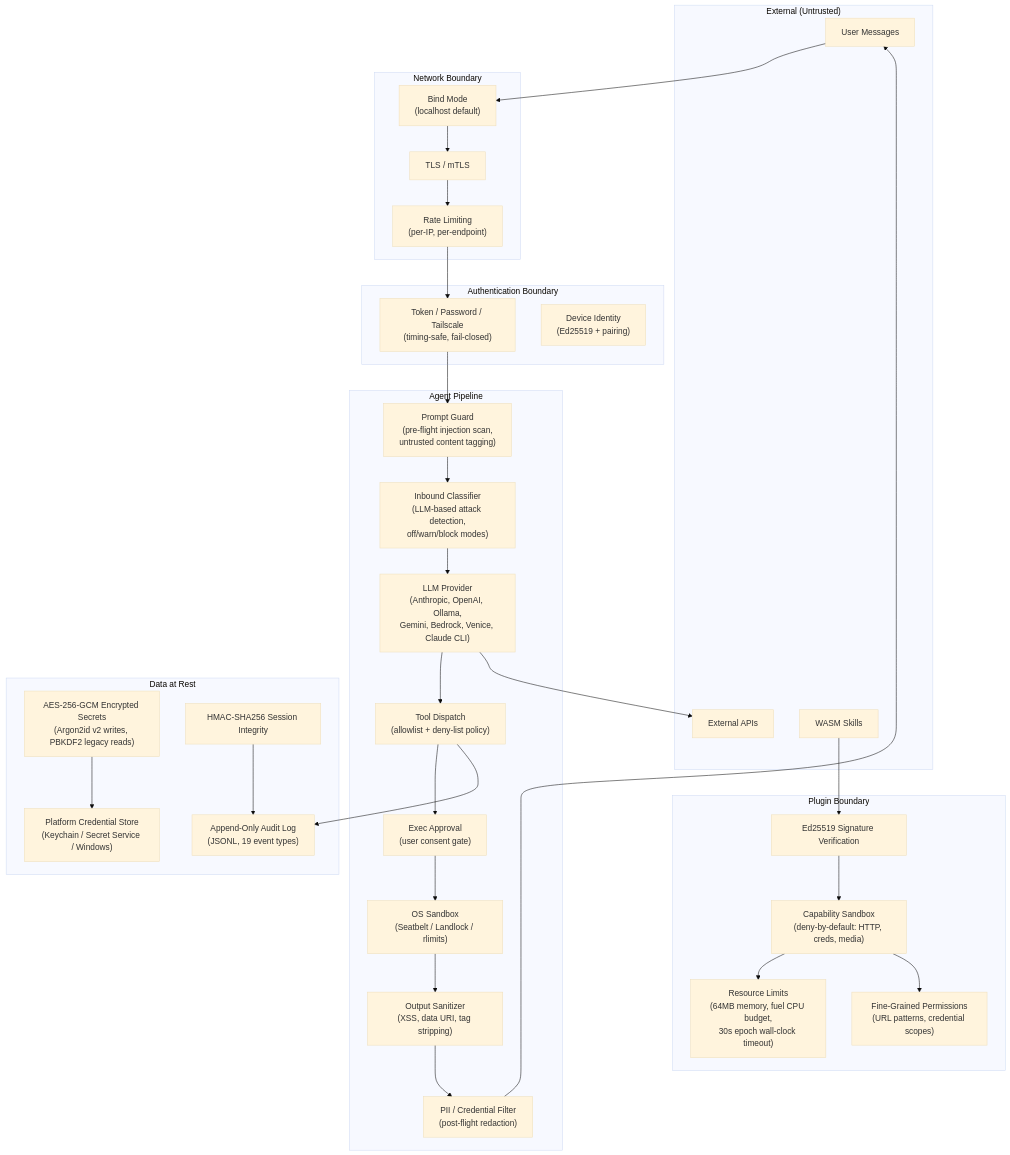
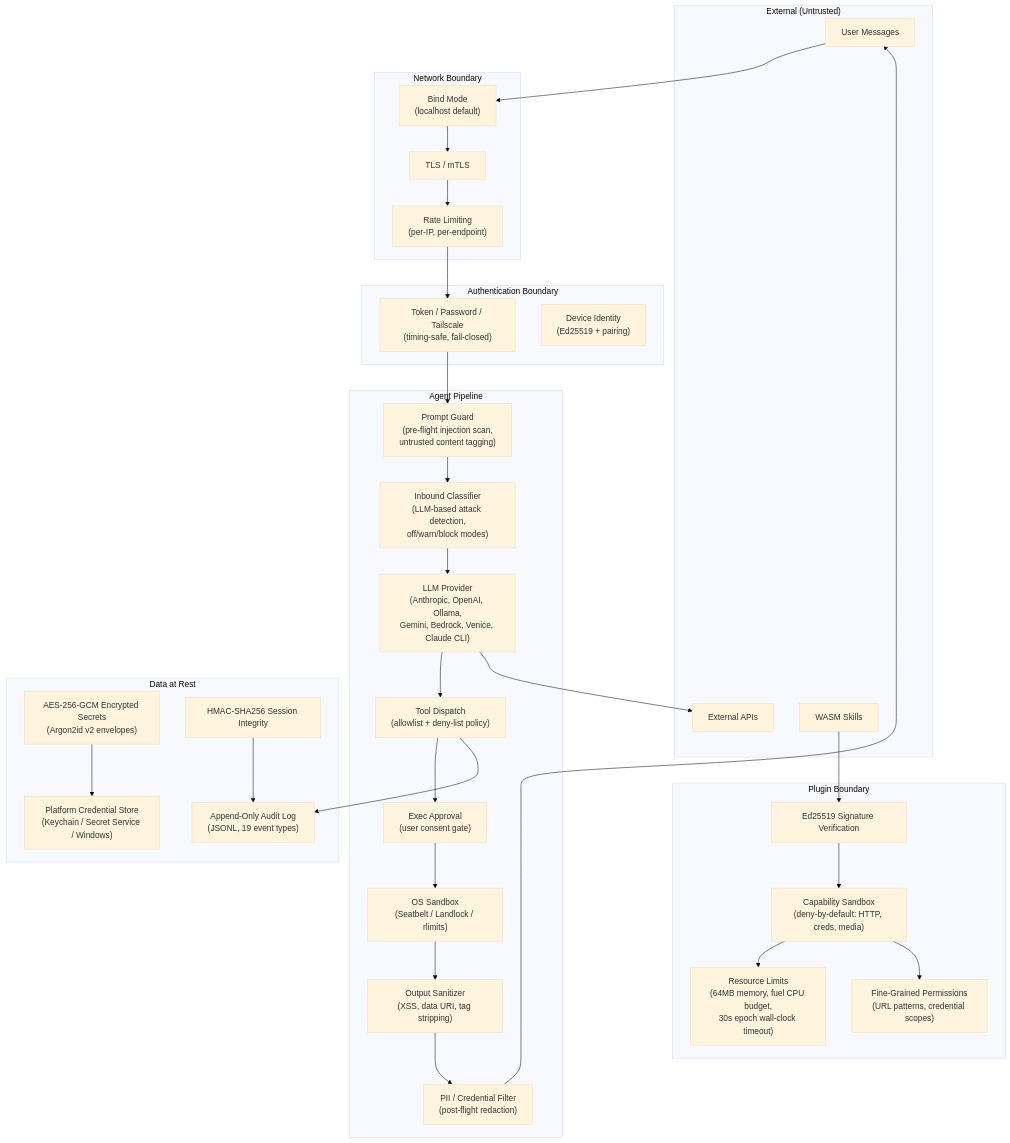
One commit to puremachinery/carapace changed the diagram in docs/security.md. Above: the diagram before and after it, drawn with Mermaid (base theme). The commit also changed other lines of this file and 101 other files, not shown here.

````diff
--- a/docs/security.md
+++ b/docs/security.md
@@ -40,59 +40,59 @@
 ```mermaid
 graph TB
     subgraph "External (Untrusted)"
         User[User Messages]
         ExtAPI[External APIs]
         Skills[WASM Skills]
     end
 
     subgraph "Network Boundary"
         Bind["Bind Mode<br/>(localhost default)"]
         TLS["TLS / mTLS"]
         RateLimit["Rate Limiting<br/>(per-IP, per-endpoint)"]
     end
 
     subgraph "Authentication Boundary"
         Auth["Token / Password / Tailscale<br/>(timing-safe, fail-closed)"]
         DeviceAuth["Device Identity<br/>(Ed25519 + pairing)"]
     end
 
     subgraph "Agent Pipeline"
         PromptGuard["Prompt Guard<br/>(pre-flight injection scan,<br/>untrusted content tagging)"]
         Classifier["Inbound Classifier<br/>(LLM-based attack detection,<br/>off/warn/block modes)"]
         LLM["LLM Provider<br/>(Anthropic, OpenAI, Ollama,<br/>Gemini, Bedrock, Venice, Claude CLI)"]
         ToolDispatch["Tool Dispatch<br/>(allowlist + deny-list policy)"]
         ExecApproval["Exec Approval<br/>(user consent gate)"]
         Sandbox["OS Sandbox<br/>(Seatbelt / Landlock / rlimits)"]
         OutputCSP["Output Sanitizer<br/>(XSS, data URI, tag stripping)"]
         PIIFilter["PII / Credential Filter<br/>(post-flight redaction)"]
     end
 
     subgraph "Data at Rest"
-        Secrets["AES-256-GCM Encrypted Secrets<br/>(Argon2id v2 writes, PBKDF2 legacy reads)"]
+        Secrets["AES-256-GCM Encrypted Secrets<br/>(Argon2id v2 envelopes)"]
         Sessions["HMAC-SHA256 Session Integrity"]
         Audit["Append-Only Audit Log<br/>(JSONL, 19 event types)"]
         Keychain["Platform Credential Store<br/>(Keychain / Secret Service / Windows)"]
     end
 
     subgraph "Plugin Boundary"
         PluginSig["Ed25519 Signature Verification"]
         PluginCaps["Capability Sandbox<br/>(deny-by-default: HTTP, creds, media)"]
         PluginRes["Resource Limits<br/>(64MB memory, fuel CPU budget,<br/>30s epoch wall-clock timeout)"]
         PluginPerms["Fine-Grained Permissions<br/>(URL patterns, credential scopes)"]
     end
 
     User --> Bind --> TLS --> RateLimit --> Auth
     Auth --> PromptGuard --> Classifier --> LLM
     LLM --> ToolDispatch --> ExecApproval --> Sandbox
     Sandbox --> OutputCSP --> PIIFilter
     PIIFilter --> User
 
     LLM --> ExtAPI
     ToolDispatch --> Audit
 
     Skills --> PluginSig --> PluginCaps --> PluginRes
     PluginCaps --> PluginPerms
 
     Secrets --> Keychain
     Sessions --> Audit
 ```
````
